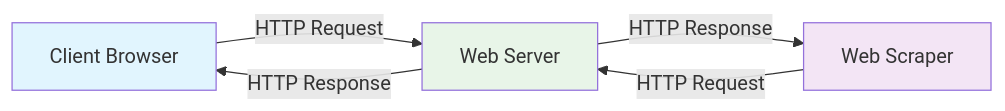
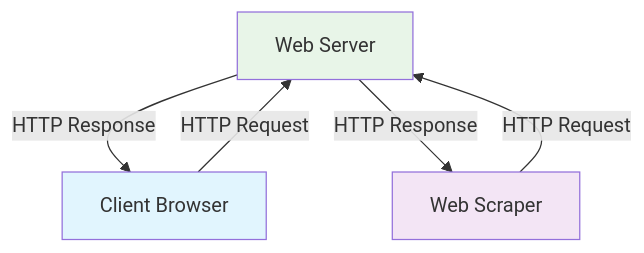
The first of 3 diagrams in _posts/2025-04-28-client-server-basics-foundation-web-scraping.md (bytetunnels/bytetunnels.github.com), drawn with Mermaid before and after one commit. The commit also changed 25 other files, not shown here.

Commit message:
chore: fixed mermaid charts

````diff
--- a/_posts/2025-04-28-client-server-basics-foundation-web-scraping.md
+++ b/_posts/2025-04-28-client-server-basics-foundation-web-scraping.md
@@ -18,11 +18,14 @@
 ```mermaid
-graph LR
-    A[Client Browser] -->|HTTP Request| B[Web Server]
+graph TD
+    B[Web Server]
+
+    A[Client Browser] -->|HTTP Request| B
     B -->|HTTP Response| A
+
     C[Web Scraper] -->|HTTP Request| B
     B -->|HTTP Response| C
-    
+
     style A fill:#e1f5fe
     style C fill:#f3e5f5
     style B fill:#e8f5e8
 ```
````
